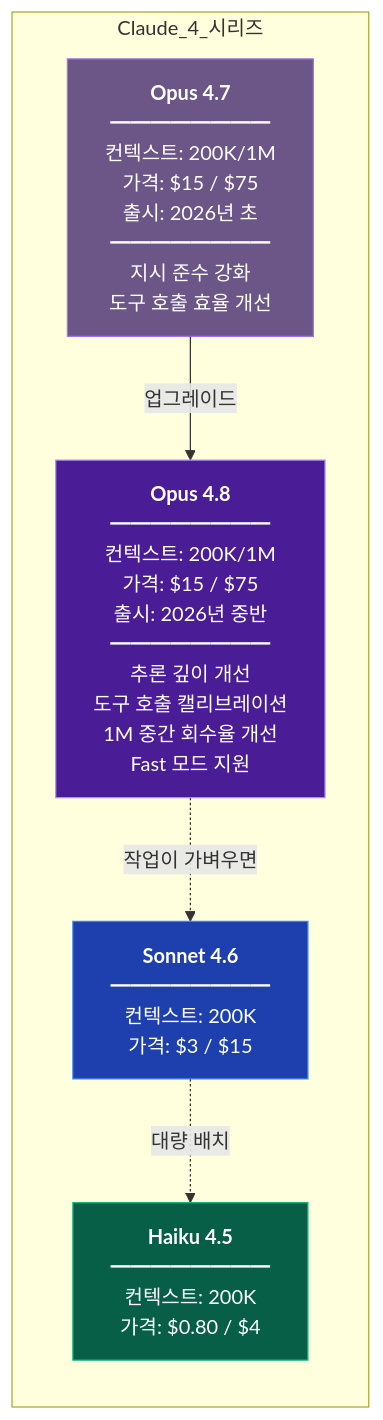
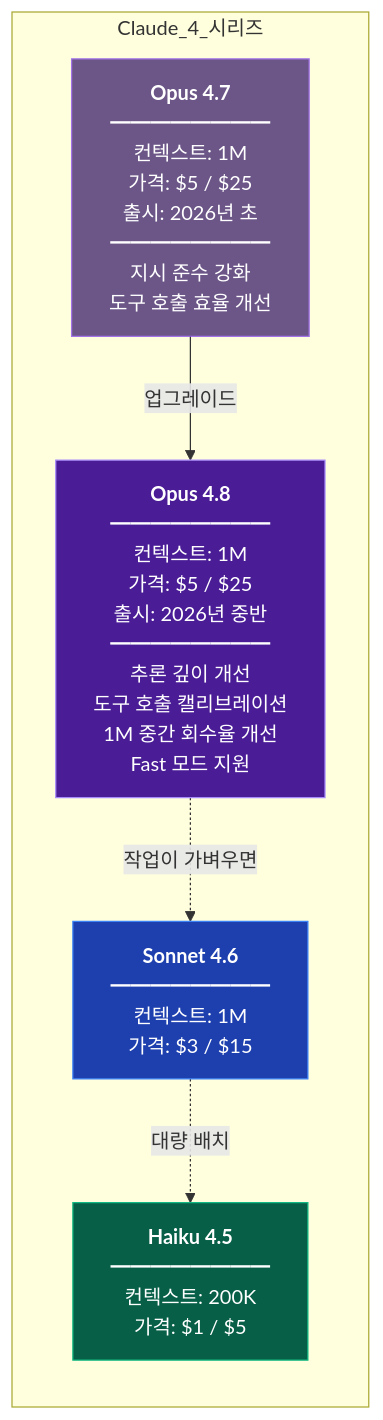
One commit to GYUTORY/YGSTUDY changed the first of 2 diagrams in Develop/AI/Claude/Claude_Opus_4_8.md. Above: the diagram before and after it, drawn with Mermaid. The commit also changed other lines of this file and 1 other file, not shown here.

First line of the commit message:
fix(docs): Opus 4.7·4.8 문서의 조작된 스펙 정정

````diff
--- a/Develop/AI/Claude/Claude_Opus_4_8.md
+++ b/Develop/AI/Claude/Claude_Opus_4_8.md
@@ -29,19 +29,19 @@
 ```mermaid
 graph LR
     subgraph Claude_4_시리즈
         direction TB
-        O47["<b>Opus 4.7</b><br/>━━━━━━━━<br/>컨텍스트: 200K/1M<br/>가격: $15 / $75<br/>출시: 2026년 초<br/>━━━━━━━━<br/>지시 준수 강화<br/>도구 호출 효율 개선"]
-        O48["<b>Opus 4.8</b><br/>━━━━━━━━<br/>컨텍스트: 200K/1M<br/>가격: $15 / $75<br/>출시: 2026년 중반<br/>━━━━━━━━<br/>추론 깊이 개선<br/>도구 호출 캘리브레이션<br/>1M 중간 회수율 개선<br/>Fast 모드 지원"]
-        S46["<b>Sonnet 4.6</b><br/>━━━━━━━━<br/>컨텍스트: 200K<br/>가격: $3 / $15"]
-        H45["<b>Haiku 4.5</b><br/>━━━━━━━━<br/>컨텍스트: 200K<br/>가격: $0.80 / $4"]
+        O47["<b>Opus 4.7</b><br/>━━━━━━━━<br/>컨텍스트: 1M<br/>가격: $5 / $25<br/>출시: 2026년 초<br/>━━━━━━━━<br/>지시 준수 강화<br/>도구 호출 효율 개선"]
+        O48["<b>Opus 4.8</b><br/>━━━━━━━━<br/>컨텍스트: 1M<br/>가격: $5 / $25<br/>출시: 2026년 중반<br/>━━━━━━━━<br/>추론 깊이 개선<br/>도구 호출 캘리브레이션<br/>1M 중간 회수율 개선<br/>Fast 모드 지원"]
+        S46["<b>Sonnet 4.6</b><br/>━━━━━━━━<br/>컨텍스트: 1M<br/>가격: $3 / $15"]
+        H45["<b>Haiku 4.5</b><br/>━━━━━━━━<br/>컨텍스트: 200K<br/>가격: $1 / $5"]
     end
 
     O47 -->|"업그레이드"| O48
     O48 -.->|"작업이 가벼우면"| S46
     S46 -.->|"대량 배치"| H45
 
     style O48 fill:#4a1d96,stroke:#a78bfa,color:#fff
     style O47 fill:#2e1065,stroke:#7c3aed,color:#fff,opacity:0.7
     style S46 fill:#1e40af,stroke:#3b82f6,color:#fff
     style H45 fill:#065f46,stroke:#10b981,color:#fff
 ```
````
